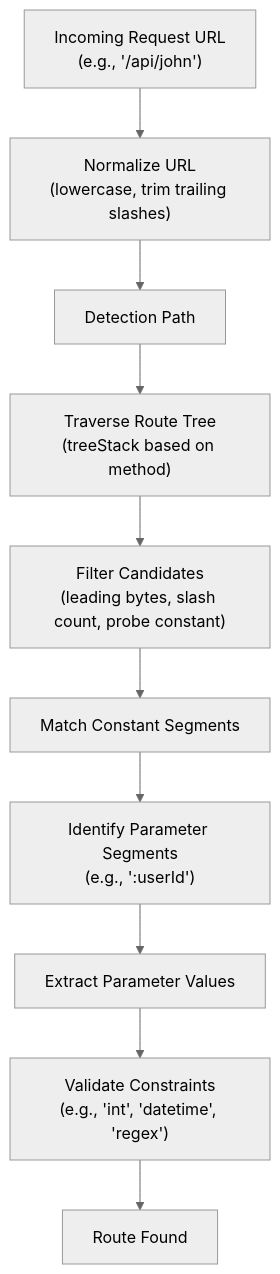
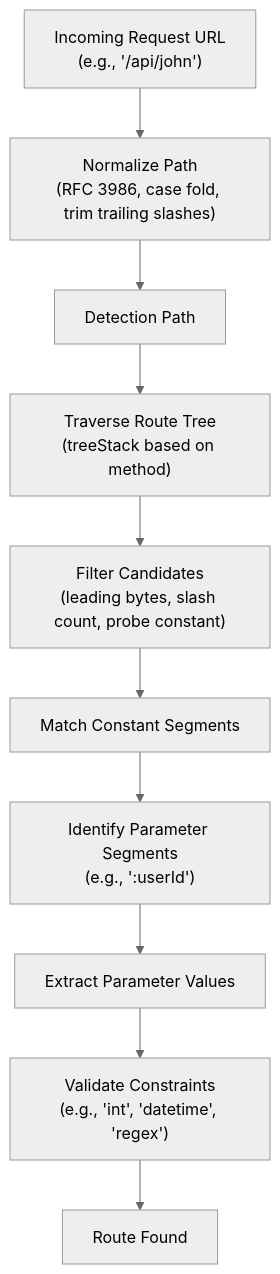
Before and after one commit to gofiber/docs: the fourth of 14 diagrams in docs/core/extra/internal.md, drawn with Mermaid (neutral theme). The commit also changed other lines of this file and 63 other files, not shown here.

````diff
--- a/docs/core/extra/internal.md
+++ b/docs/core/extra/internal.md
@@ -122,23 +122,23 @@
 ```mermaid
 flowchart TD
     A["Incoming Request URL<br/>(e.g., '/api/john')"]
-    B["Normalize URL<br/>(lowercase, trim trailing slashes)"]
+    B["Normalize Path<br/>(RFC 3986, case fold, trim trailing slashes)"]
     C["Detection Path"]
     D["Traverse Route Tree<br/>(treeStack based on method)"]
     D2["Filter Candidates<br/>(leading bytes, slash count, probe constant)"]
     E["Match Constant Segments"]
     F["Identify Parameter Segments<br/>(e.g., ':userId')"]
     G["Extract Parameter Values"]
     H["Validate Constraints<br/>(e.g., 'int', 'datetime', 'regex')"]
     I["Route Found"]
 
     A --> B
     B --> C
     C --> D
     D --> D2
     D2 --> E
     E --> F
     F --> G
     G --> H
     H --> I
 ```
````
